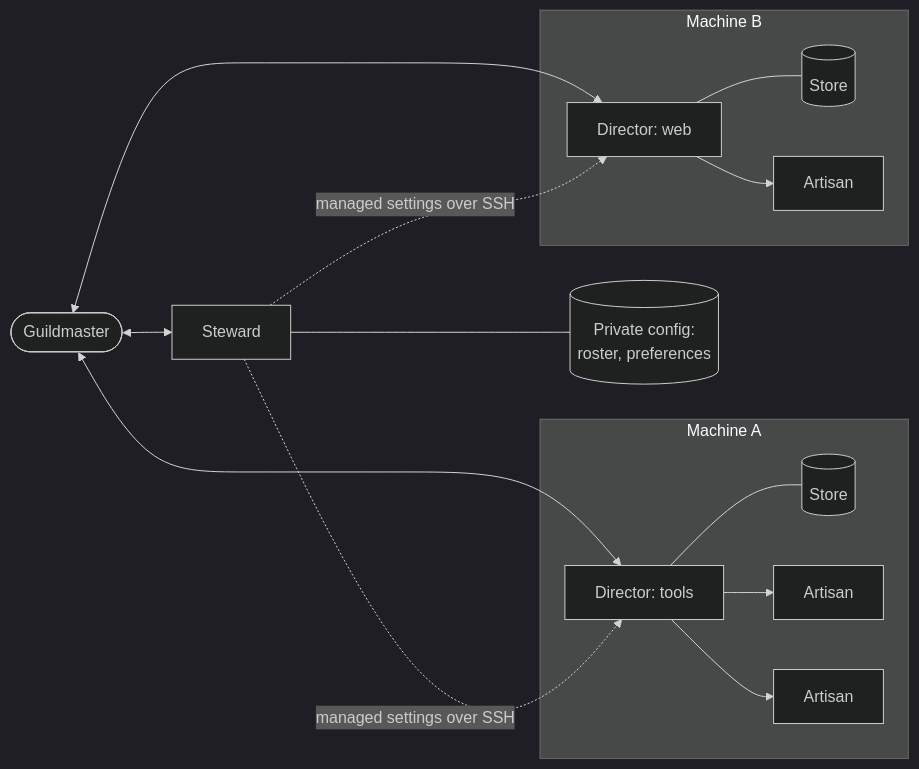
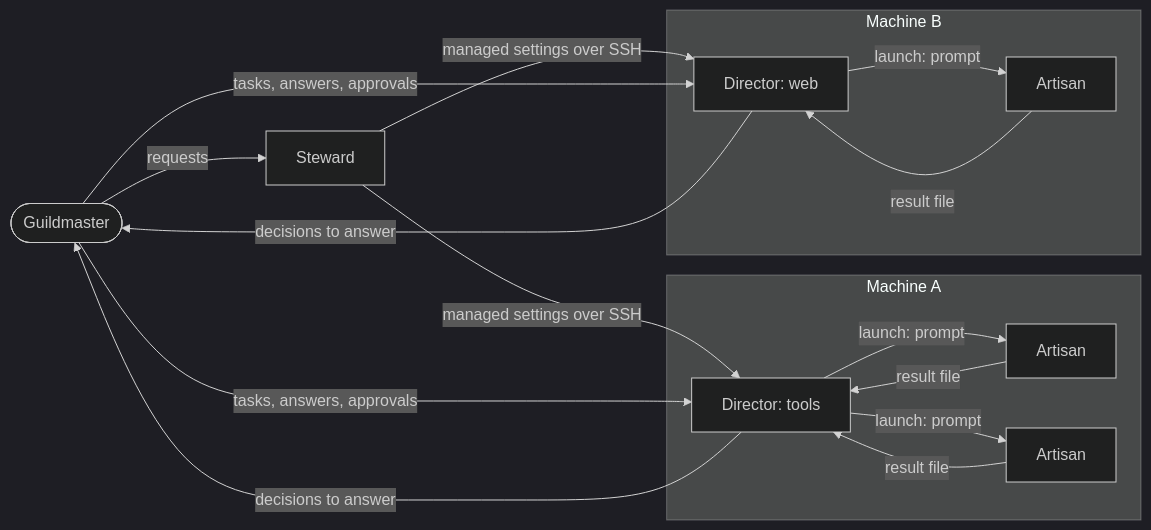
One commit to ndrwl/guildhall changed the first of 4 diagrams in README.md. Above: the diagram before and after it, drawn with Mermaid (dark theme). The commit also changed other lines of this file, not shown here.

Commit message:
docs: separate README role responsibilities from communication flow (#62)
* docs(readme): separate role ownership from communication flow

* no-mistakes(review): Restore original Inside a Director diagram topology

* chore: re-trigger PR sync and CI

````diff
--- a/README.md
+++ b/README.md
@@ -40,31 +46,30 @@
 ```mermaid
 flowchart LR
     GM(["Guildmaster"])
     ST["Steward"]
-    PRIV[("Private config:<br/>roster, preferences")]
 
     subgraph M1["Machine A"]
         DA["Director: tools"]
-        SA[("Store")]
         AA1["Artisan"]
         AA2["Artisan"]
-        DA --- SA
-        DA --> AA1
-        DA --> AA2
     end
 
     subgraph M2["Machine B"]
         DB["Director: web"]
-        SB[("Store")]
         AB1["Artisan"]
-        DB --- SB
-        DB --> AB1
     end
 
-    GM <--> ST
-    GM <--> DA
-    GM <--> DB
-    ST --- PRIV
-    ST -. "managed settings over SSH" .-> DA
-    ST -. "managed settings over SSH" .-> DB
+    GM -- "requests" --> ST
+    ST -- "managed settings over SSH" --> DA
+    ST -- "managed settings over SSH" --> DB
+    GM -- "tasks, answers, approvals" --> DA
+    DA -- "decisions to answer" --> GM
+    GM -- "tasks, answers, approvals" --> DB
+    DB -- "decisions to answer" --> GM
+    DA -- "launch: prompt" --> AA1
+    AA1 -- "result file" --> DA
+    DA -- "launch: prompt" --> AA2
+    AA2 -- "result file" --> DA
+    DB -- "launch: prompt" --> AB1
+    AB1 -- "result file" --> DB
 ```
````
